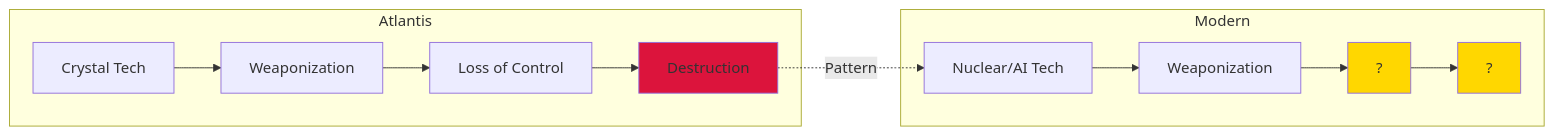
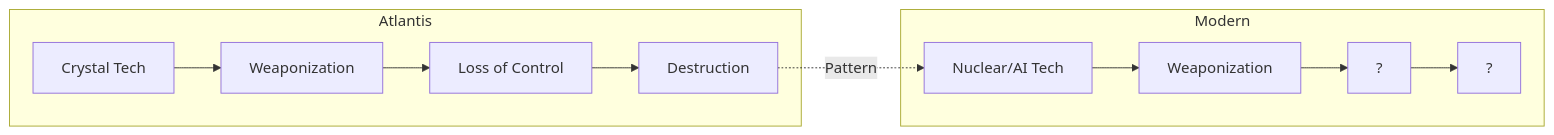
One commit to dyukahi/knowledge changed the fifth of 5 diagrams in esoterica/Atlantis.md. Above: the diagram before and after it, drawn with Mermaid. The commit also changed other lines of this file, not shown here.

Commit message:
Fix: Remove custom colors from Mermaid diagrams in Atlantis

````diff
--- a/esoterica/Atlantis.md
+++ b/esoterica/Atlantis.md
@@ -302,20 +286,16 @@
 ```mermaid
 graph LR
     subgraph Atlantis
         A1[Crystal Tech] --> A2[Weaponization]
         A2 --> A3[Loss of Control]
         A3 --> A4[Destruction]
     end
     
     subgraph Modern
         M1[Nuclear/AI Tech] --> M2[Weaponization]
         M2 --> M3[?]
         M3 --> M4[?]
     end
     
     A4 -.->|Pattern| M1
-    
-    style A4 fill:#DC143C
-    style M3 fill:#FFD700
-    style M4 fill:#FFD700
 ```
````
